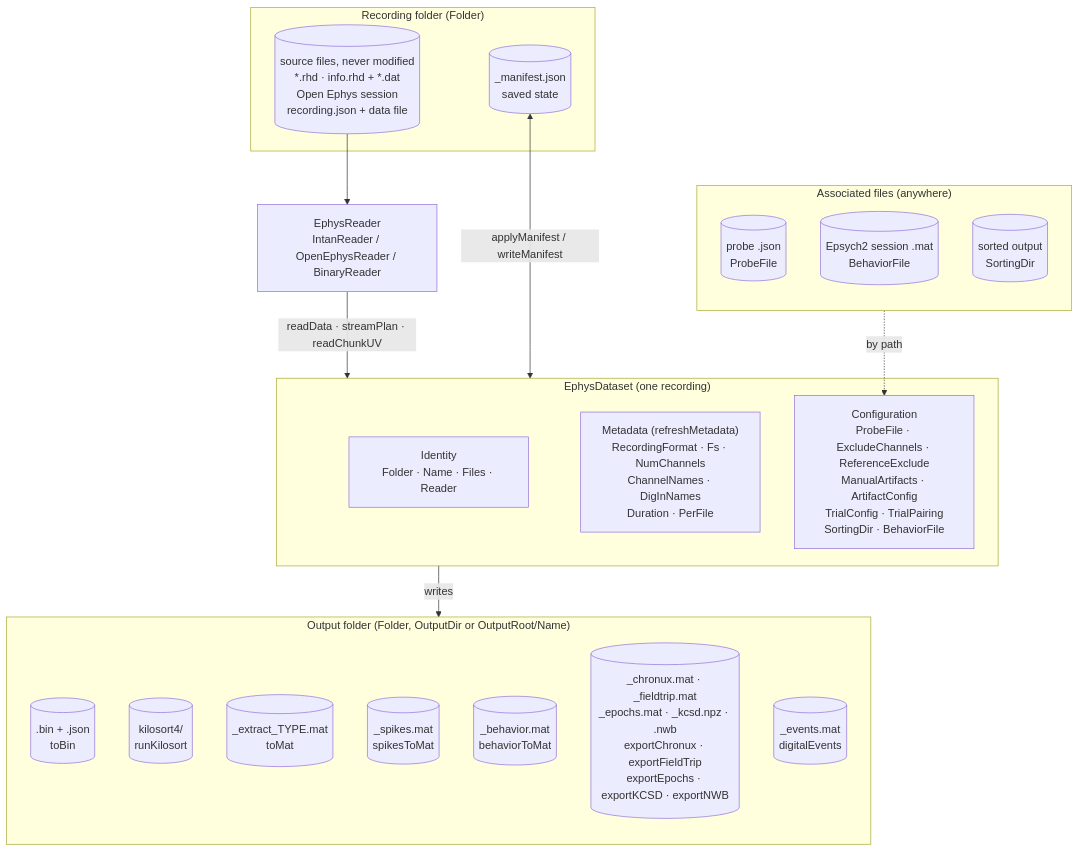
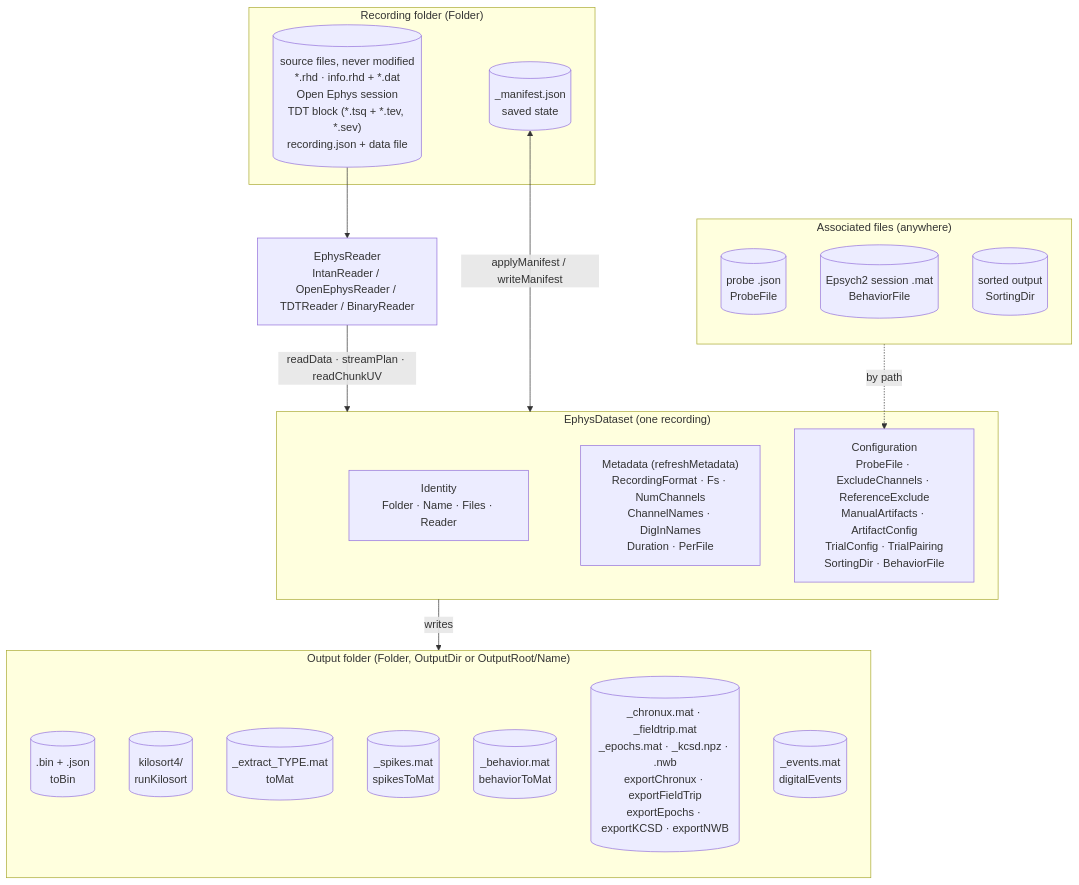
Before and after one commit to dstolz/ephys_analysis: the diagram in documentation/EphysDataset.md, drawn with Mermaid. The commit also changed other lines of this file and 12 other files, not shown here.

````diff
--- a/documentation/EphysDataset.md
+++ b/documentation/EphysDataset.md
@@ -47,39 +50,39 @@
 ```mermaid
 flowchart TB
     subgraph REC["Recording folder (Folder)"]
-        RAW[("source files, never modified<br/>*.rhd · info.rhd + *.dat<br/>Open Ephys session<br/>recording.json + data file")]
+        RAW[("source files, never modified<br/>*.rhd · info.rhd + *.dat<br/>Open Ephys session<br/>TDT block (*.tsq + *.tev, *.sev)<br/>recording.json + data file")]
         MAN[("_manifest.json<br/>saved state")]
     end
 
     subgraph ASSOC["Associated files (anywhere)"]
         direction TB
         PRB[("probe .json<br/>ProbeFile")]
         SES[("Epsych2 session .mat<br/>BehaviorFile")]
         PHY[("sorted output<br/>SortingDir")]
     end
 
-    RD["EphysReader<br/>IntanReader / OpenEphysReader / BinaryReader"]
+    RD["EphysReader<br/>IntanReader / OpenEphysReader / TDTReader / BinaryReader"]
 
     subgraph DS["EphysDataset (one recording)"]
         ID["Identity<br/>Folder · Name · Files · Reader"]
         META["Metadata (refreshMetadata)<br/>RecordingFormat · Fs · NumChannels<br/>ChannelNames · DigInNames<br/>Duration · PerFile"]
         CONF["Configuration<br/>ProbeFile · ExcludeChannels · ReferenceExclude<br/>ManualArtifacts · ArtifactConfig<br/>TrialConfig · TrialPairing<br/>SortingDir · BehaviorFile"]
     end
 
     subgraph OUT["Output folder (Folder, OutputDir or OutputRoot/Name)"]
         direction TB
         BIN[(".bin + .json<br/>toBin")]
         KS[("kilosort4/<br/>runKilosort")]
         EXT[("_extract_TYPE.mat<br/>toMat")]
         SPK[("_spikes.mat<br/>spikesToMat")]
         BEHM[("_behavior.mat<br/>behaviorToMat")]
         EXP[("_chronux.mat · _fieldtrip.mat<br/>_epochs.mat · _kcsd.npz · .nwb<br/>exportChronux · exportFieldTrip<br/>exportEpochs · exportKCSD · exportNWB")]
         EVC[("_events.mat<br/>digitalEvents")]
     end
 
     RAW --> RD
     RD -- "readData · streamPlan · readChunkUV" --> DS
     MAN <-->|"applyManifest / writeManifest"| DS
     ASSOC -. by path .-> CONF
     DS -- writes --> OUT
 ```
````
